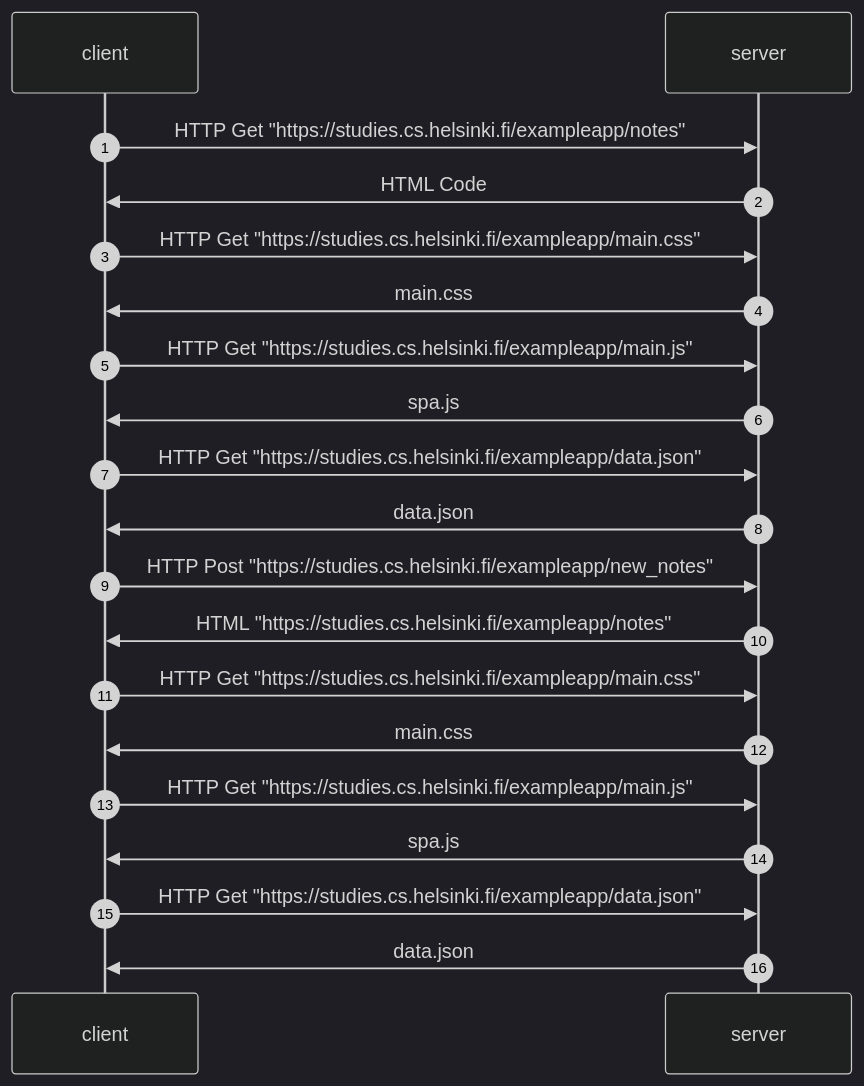
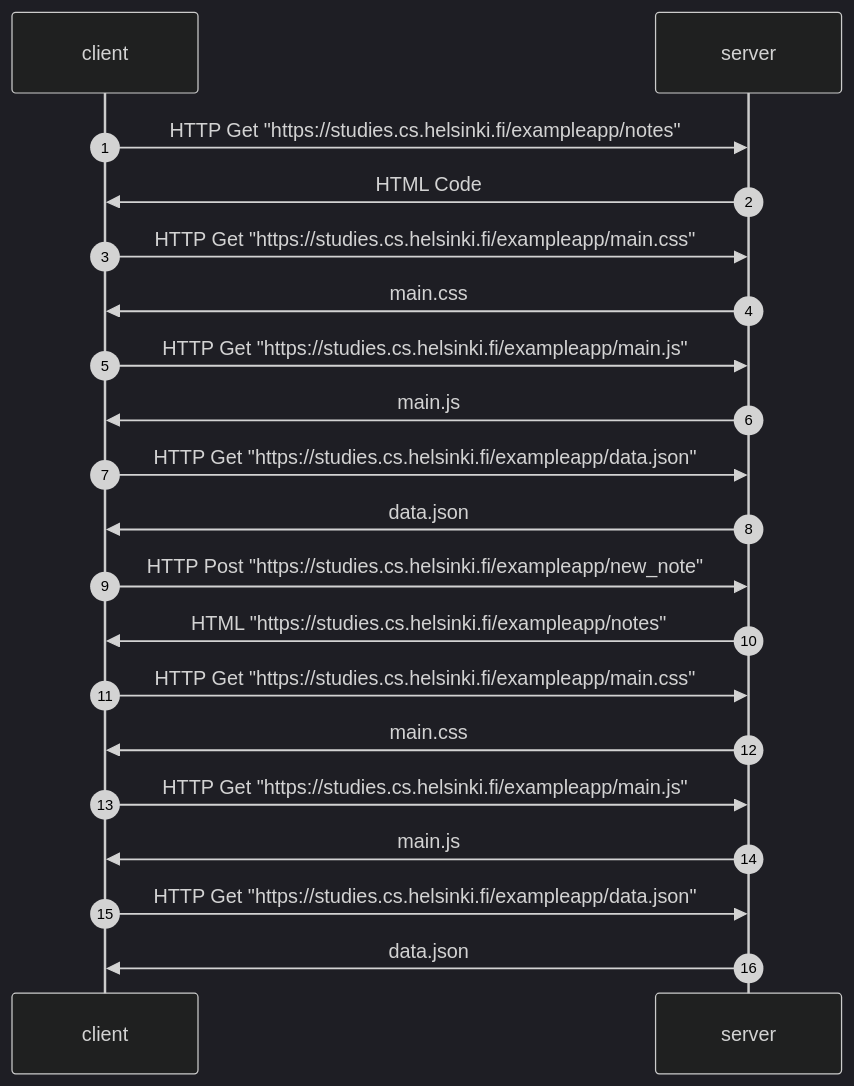
Before and after one commit to Yassine-M89/HelsinkiUniversity: the diagram in Exercice0.4.md, drawn with Mermaid (dark theme). The commit also changed 2 other files, not shown here.

Commit message:
Mise à jour Exercice 0.4 et ajout des exercices 0.5 et 0.6

````diff
--- a/Exercice0.4.md
+++ b/Exercice0.4.md
@@ -1,23 +1,23 @@
 ```mermaid
 
 sequenceDiagram
     autonumber
     participant client
     participant server
     client->>server: HTTP Get "https://studies.cs.helsinki.fi/exampleapp/notes"
     server ->> client : HTML Code
     client ->> server : HTTP Get "https://studies.cs.helsinki.fi/exampleapp/main.css"
     server ->> client : main.css
     client ->> server : HTTP Get "https://studies.cs.helsinki.fi/exampleapp/main.js"
-    server ->> client : spa.js
+    server ->> client : main.js
     client ->> server : HTTP Get "https://studies.cs.helsinki.fi/exampleapp/data.json"
     server ->> client : data.json
-    client->>server: HTTP Post "https://studies.cs.helsinki.fi/exampleapp/new_notes"
-    server->>client: HTML "https://studies.cs.helsinki.fi/exampleapp/notes"
+    client ->>  server : HTTP Post "https://studies.cs.helsinki.fi/exampleapp/new_note"
+    server ->> client : HTML "https://studies.cs.helsinki.fi/exampleapp/notes"
     client ->> server : HTTP Get "https://studies.cs.helsinki.fi/exampleapp/main.css"
     server ->> client : main.css
     client ->> server : HTTP Get "https://studies.cs.helsinki.fi/exampleapp/main.js"
-    server ->> client : spa.js
+    server ->> client : main.js
     client ->> server : HTTP Get "https://studies.cs.helsinki.fi/exampleapp/data.json"
     server ->> client : data.json
 ```
````
